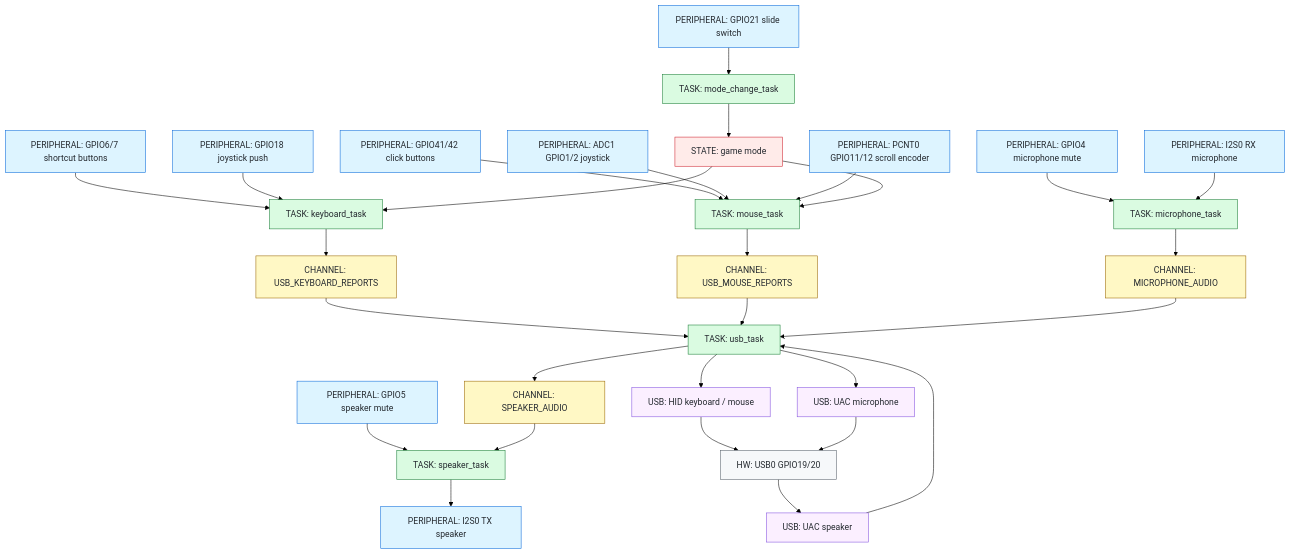
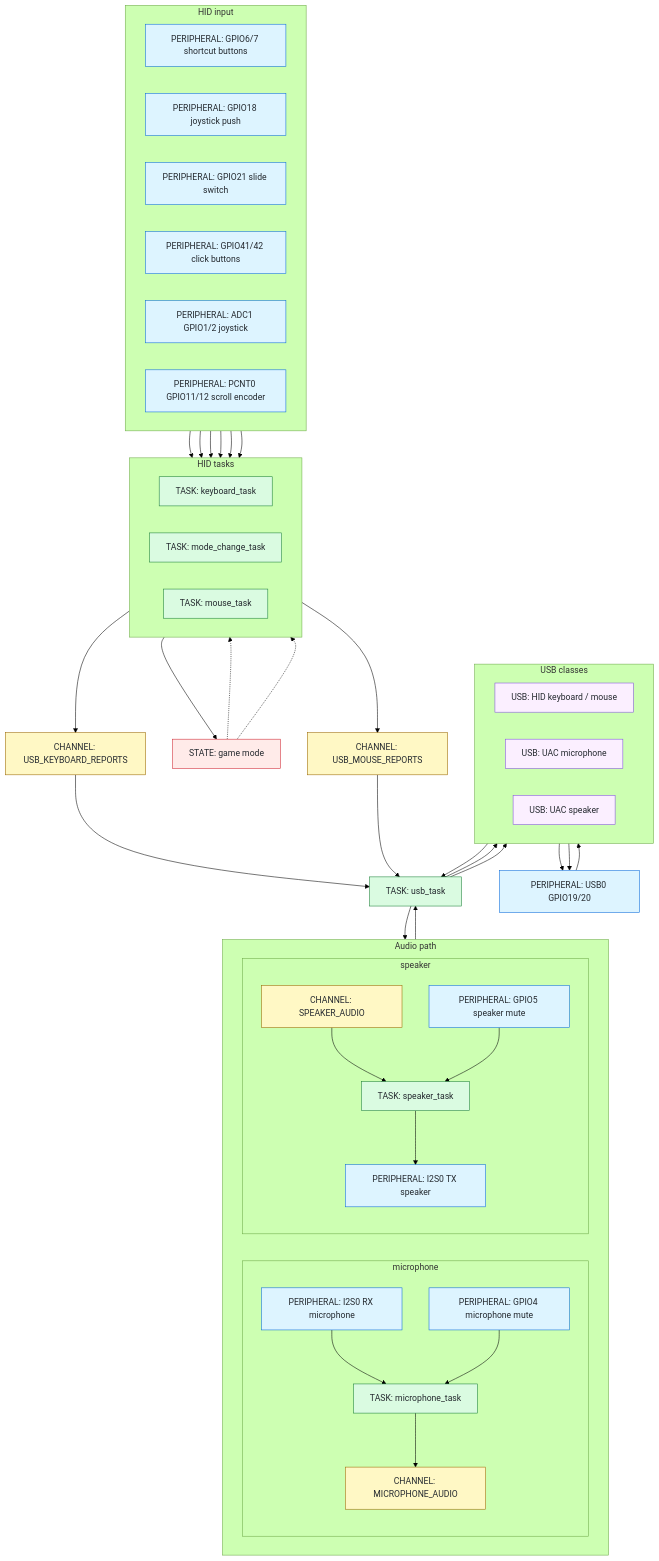
The diagram in README.md (segfau-yama/dxxk_mouse), drawn with Mermaid (forest theme) before and after one commit. The commit also changed other lines of this file, not shown here.

Commit message:
README再々修正

````diff
--- a/README.md
+++ b/README.md
@@ -52,50 +53,83 @@
 ```mermaid
 flowchart TD
-  ShortcutGpio["PERIPHERAL: GPIO6/7 shortcut buttons"] --> KeyboardTask["TASK: keyboard_task"]
-  PushGpio["PERIPHERAL: GPIO18 joystick push"] --> KeyboardTask
-  ModeGpio["PERIPHERAL: GPIO21 slide switch"] --> ModeTask["TASK: mode_change_task"]
+  subgraph HidInput["HID input"]
+    direction LR
+    ShortcutGpio["PERIPHERAL: GPIO6/7 shortcut buttons"]
+    PushGpio["PERIPHERAL: GPIO18 joystick push"]
+    ModeGpio["PERIPHERAL: GPIO21 slide switch"]
+    ClickGpio["PERIPHERAL: GPIO41/42 click buttons"]
+    JoystickAdc["PERIPHERAL: ADC1 GPIO1/2 joystick"]
+    ScrollPcnt["PERIPHERAL: PCNT0 GPIO11/12 scroll encoder"]
+  end
 
-  ClickGpio["PERIPHERAL: GPIO41/42 click buttons"] --> MouseTask["TASK: mouse_task"]
-  JoystickAdc["PERIPHERAL: ADC1 GPIO1/2 joystick"] --> MouseTask
-  ScrollPcnt["PERIPHERAL: PCNT0 GPIO11/12 scroll encoder"] --> MouseTask
+  subgraph HidTasks["HID tasks"]
+    direction LR
+    KeyboardTask["TASK: keyboard_task"]
+    ModeTask["TASK: mode_change_task"]
+    MouseTask["TASK: mouse_task"]
+  end
 
-  MicMuteGpio["PERIPHERAL: GPIO4 microphone mute"] --> MicrophoneTask["TASK: microphone_task"]
-  I2sMic["PERIPHERAL: I2S0 RX microphone"] --> MicrophoneTask
-  SpeakerMuteGpio["PERIPHERAL: GPIO5 speaker mute"] --> SpeakerTask["TASK: speaker_task"]
-  SpeakerTask --> I2sSpeaker["PERIPHERAL: I2S0 TX speaker"]
+  ShortcutGpio --> KeyboardTask
+  PushGpio --> KeyboardTask
+  ModeGpio --> ModeTask
+  ClickGpio --> MouseTask
+  JoystickAdc --> MouseTask
+  ScrollPcnt --> MouseTask
+
+  ModeTask --> GameMode["STATE: game mode"]
+  GameMode -.-> KeyboardTask
+  GameMode -.-> MouseTask
 
   KeyboardTask --> KeyboardReports["CHANNEL: USB_KEYBOARD_REPORTS"]
   MouseTask --> MouseReports["CHANNEL: USB_MOUSE_REPORTS"]
-  ModeTask --> GameMode["STATE: game mode"]
-  GameMode --> KeyboardTask
-  GameMode --> MouseTask
 
-  MicrophoneTask --> MicrophoneAudio["CHANNEL: MICROPHONE_AUDIO"]
-  UsbTask["TASK: usb_task"] --> SpeakerAudio["CHANNEL: SPEAKER_AUDIO"]
-  SpeakerAudio --> SpeakerTask
+  subgraph AudioPath["Audio path"]
+    direction LR
+    subgraph MicrophonePath["microphone"]
+      direction TB
+      I2sMic["PERIPHERAL: I2S0 RX microphone"] --> MicrophoneTask["TASK: microphone_task"]
+      MicMuteGpio["PERIPHERAL: GPIO4 microphone mute"] --> MicrophoneTask
+      MicrophoneTask --> MicrophoneAudio["CHANNEL: MICROPHONE_AUDIO"]
+    end
 
-  KeyboardReports --> UsbTask
+    subgraph SpeakerPath["speaker"]
+      direction TB
+      SpeakerAudio["CHANNEL: SPEAKER_AUDIO"] --> SpeakerTask["TASK: speaker_task"]
+      SpeakerMuteGpio["PERIPHERAL: GPIO5 speaker mute"] --> SpeakerTask
+      SpeakerTask --> I2sSpeaker["PERIPHERAL: I2S0 TX speaker"]
+    end
+  end
+
+  KeyboardReports --> UsbTask["TASK: usb_task"]
   MouseReports --> UsbTask
   MicrophoneAudio --> UsbTask
+  UsbTask --> SpeakerAudio
 
-  UsbTask --> UsbHid["USB: HID keyboard / mouse"]
-  UsbTask --> UsbMic["USB: UAC microphone"]
-  UsbSpeaker["USB: UAC speaker"] --> UsbTask
-  UsbHardware["HW: USB0 GPIO19/20"] --> UsbSpeaker
-  UsbHid --> UsbHardware
-  UsbMic --> UsbHardware
+  subgraph UsbClasses["USB classes"]
+    direction LR
+    UsbHid["USB: HID keyboard / mouse"]
+    UsbMic["USB: UAC microphone"]
+    UsbSpeaker["USB: UAC speaker"]
+  end
 
-  class ShortcutGpio,PushGpio,ModeGpio,ClickGpio,JoystickAdc,ScrollPcnt,MicMuteGpio,I2sMic,SpeakerMuteGpio,I2sSpeaker peripheral
+  UsbPeripheral["PERIPHERAL: USB0 GPIO19/20"]
+
+  UsbTask --> UsbHid
+  UsbTask --> UsbMic
+  UsbSpeaker --> UsbTask
+  UsbHid --> UsbPeripheral
+  UsbMic --> UsbPeripheral
+  UsbPeripheral --> UsbSpeaker
+
+  class ShortcutGpio,PushGpio,ModeGpio,ClickGpio,JoystickAdc,ScrollPcnt,MicMuteGpio,I2sMic,SpeakerMuteGpio,I2sSpeaker,UsbPeripheral peripheral
   class KeyboardTask,ModeTask,MouseTask,MicrophoneTask,SpeakerTask,UsbTask task
   class KeyboardReports,MouseReports,MicrophoneAudio,SpeakerAudio channel
   class GameMode state
   class UsbHid,UsbMic,UsbSpeaker usb
-  class UsbHardware hardware
 
   classDef peripheral fill:#ddf4ff,stroke:#0969da,color:#24292f
   classDef task fill:#dafbe1,stroke:#1a7f37,color:#24292f
   classDef channel fill:#fff8c5,stroke:#9a6700,color:#24292f
   classDef state fill:#ffebe9,stroke:#cf222e,color:#24292f
   classDef usb fill:#fbefff,stroke:#8250df,color:#24292f
-  classDef hardware fill:#f6f8fa,stroke:#57606a,color:#24292f
 ```
````
